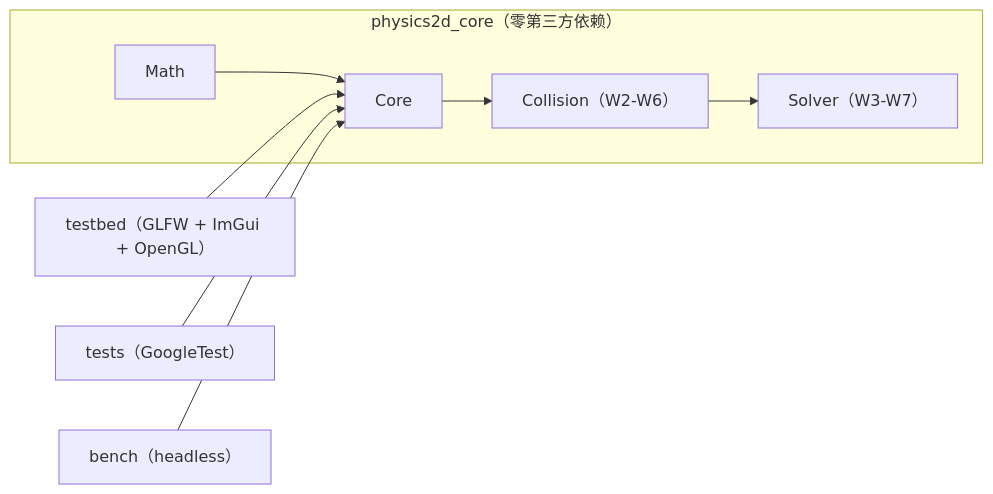
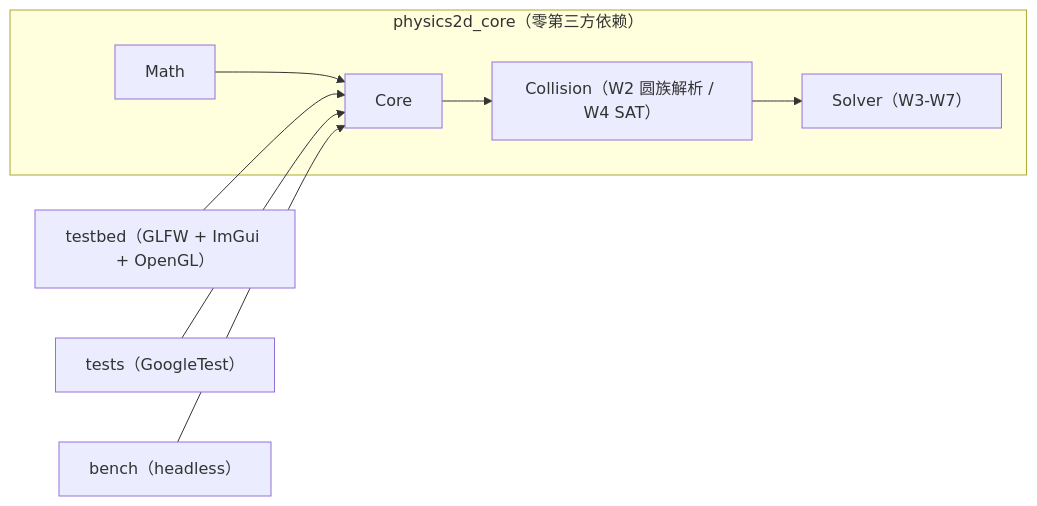
The diagram in README.md (baisctong/Physics2D), drawn with Mermaid before and after one commit. The commit also changed other lines of this file and 6 other files, not shown here.

First line of the commit message:
docs: Week 2 architecture, interface statuses, devlog, README and roadmap

````diff
--- a/README.md
+++ b/README.md
@@ -52,11 +60,11 @@
 ```mermaid
 flowchart LR
     subgraph L1["physics2d_core（零第三方依赖）"]
         M["Math"] --> C["Core"]
-        C --> Col["Collision（W2-W6）"]
+        C --> Col["Collision（W2 圆族解析 / W4 SAT）"]
         Col --> S["Solver（W3-W7）"]
     end
     TB["testbed（GLFW + ImGui + OpenGL）"] --> C
     T["tests（GoogleTest）"] --> C
     B["bench（headless）"] --> C
 ```
````
